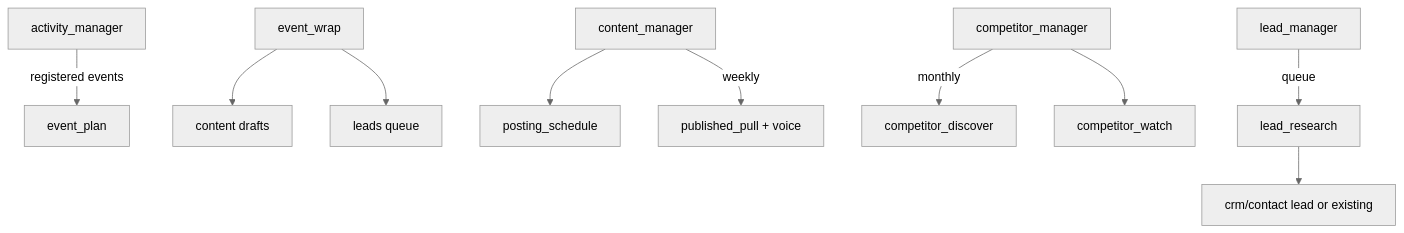
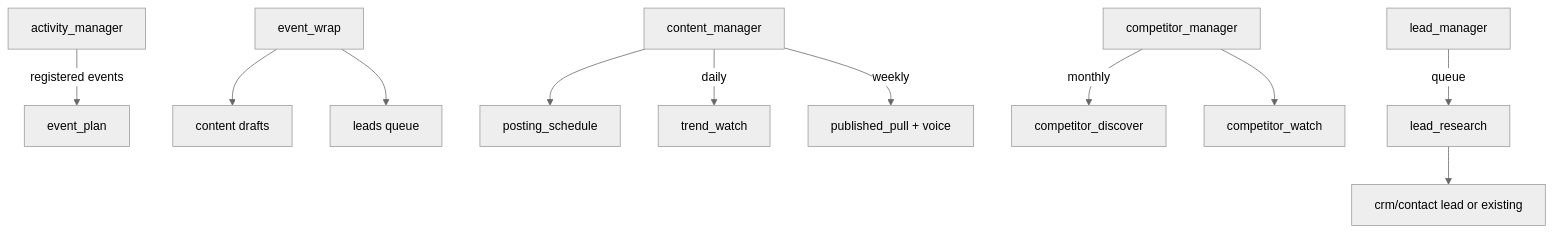
The first of 3 diagrams in docs/agents/growth.md (NickyHeC/4r7a), drawn with Mermaid (neutral theme) before and after one commit. The commit also changed other lines of this file and 27 other files, not shown here.

````diff
--- a/docs/agents/growth.md
+++ b/docs/agents/growth.md
@@ -29,12 +29,13 @@
 ```mermaid
 flowchart TD
   AM[activity_manager] -->|registered events| Plan[event_plan]
   Wrap[event_wrap] --> Drafts[content drafts]
   Wrap --> LeadQ[leads queue]
   CM[content_manager] --> Sched[posting_schedule]
+  CM -->|daily| Trend[trend_watch]
   CM -->|weekly| Pull[published_pull + voice]
   KM[competitor_manager] -->|monthly| Disc[competitor_discover]
   KM --> Watch[competitor_watch]
   LM[lead_manager] -->|queue| LR[lead_research]
   LR --> CRM[crm/contact lead or existing]
 ```
````
